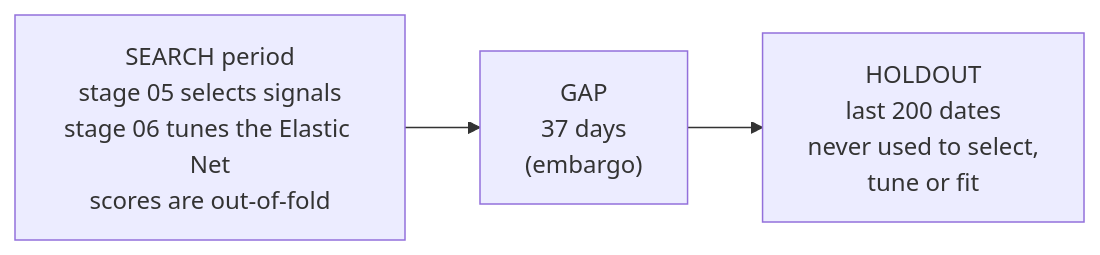
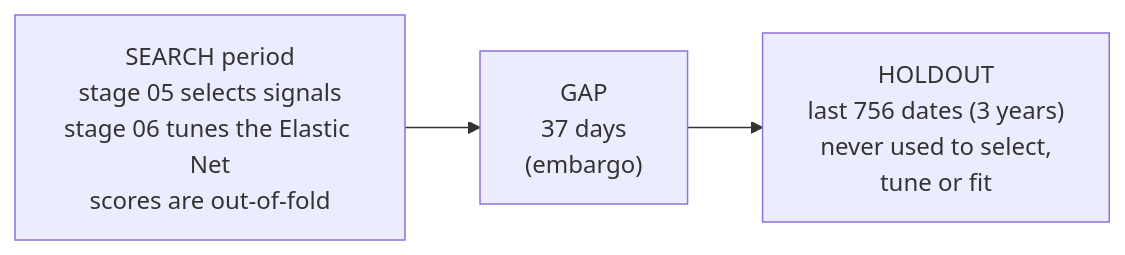
One commit to qlemoal/quant_alpha_lab changed the third of 12 diagrams in README.md. Above: the diagram before and after it, drawn with Mermaid. The commit also changed other lines of this file and 55 other files, not shown here.

````diff
--- a/README.md
+++ b/README.md
@@ -109,4 +109,4 @@
 ```mermaid
 flowchart LR
-    S["SEARCH period<br/>stage 05 selects signals<br/>stage 06 tunes the Elastic Net<br/>scores are out-of-fold"] --> G["GAP<br/>37 days<br/>(embargo)"] --> H["HOLDOUT<br/>last 200 dates<br/>never used to select,<br/>tune or fit"]
+    S["SEARCH period<br/>stage 05 selects signals<br/>stage 06 tunes the Elastic Net<br/>scores are out-of-fold"] --> G["GAP<br/>37 days<br/>(embargo)"] --> H["HOLDOUT<br/>last 756 dates (3 years)<br/>never used to select,<br/>tune or fit"]
 ```
````
